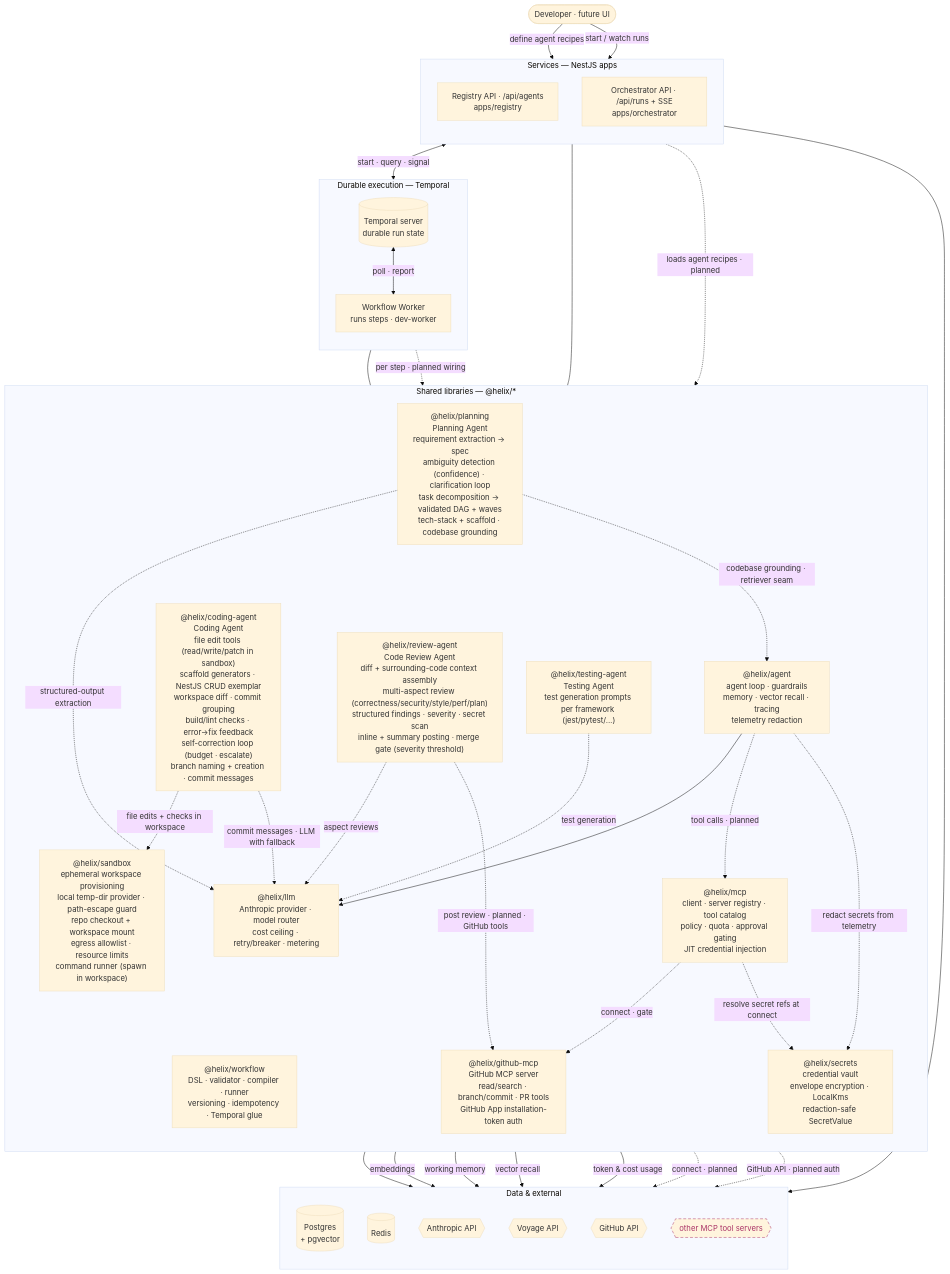
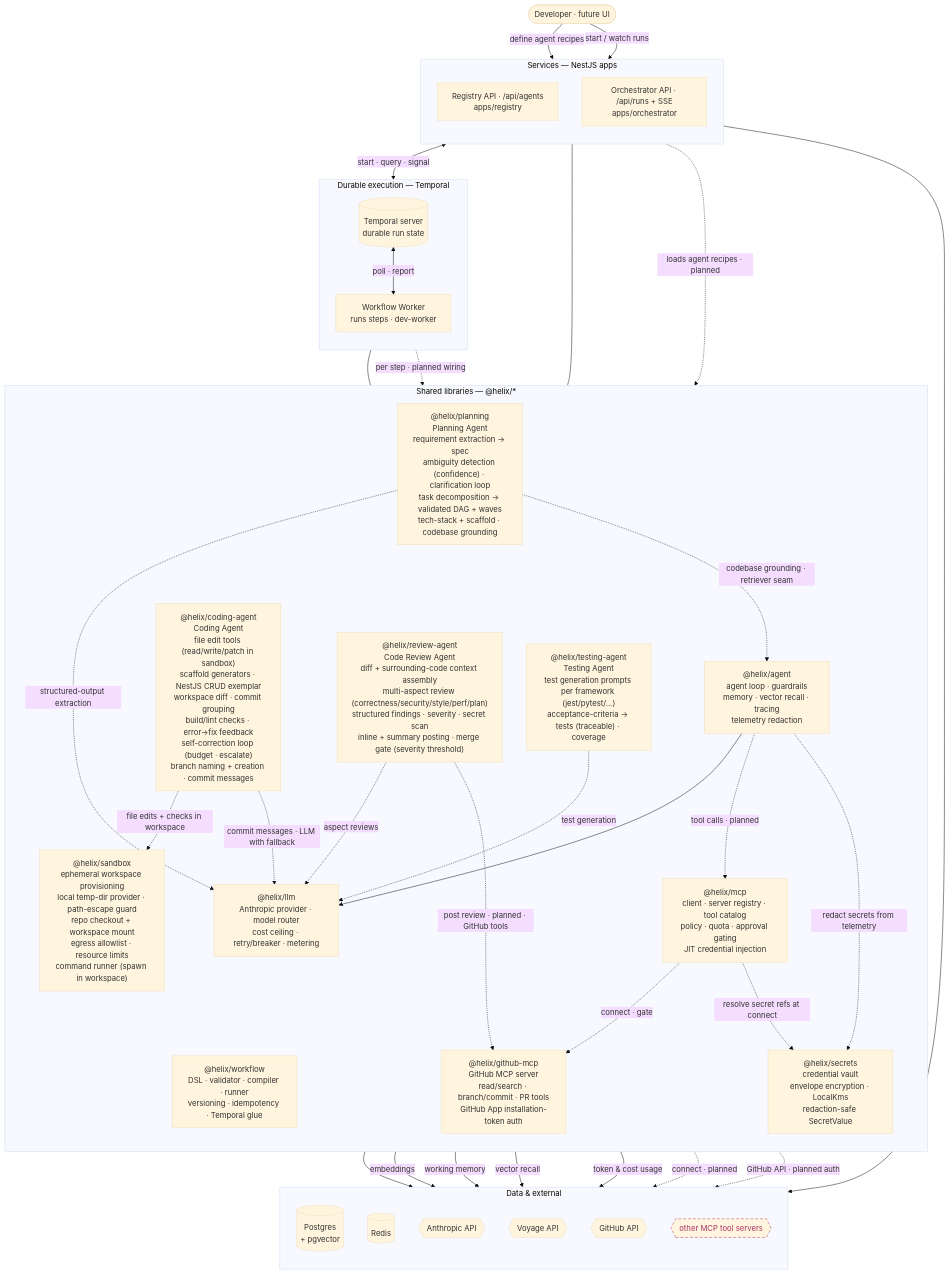
The first of 2 diagrams in docs/ARCHITECTURE.md (shhashhank/helix), drawn with Mermaid (base theme) before and after one commit. The commit also changed 4 other files, not shown here.

First line of the commit message:
HELIX-118: acceptance-criteria to test mapping (#81)

````diff
--- a/docs/ARCHITECTURE.md
+++ b/docs/ARCHITECTURE.md
@@ -16,73 +16,73 @@
 ```mermaid
 flowchart TB
   user([Developer · future UI])
 
   subgraph svc["Services — NestJS apps"]
     direction TB
     reg["Registry API · /api/agents<br/>apps/registry"]
     orc["Orchestrator API · /api/runs + SSE<br/>apps/orchestrator"]
   end
 
   subgraph dur["Durable execution — Temporal"]
     direction TB
     tmp[("Temporal server<br/>durable run state")]
     wkr["Workflow Worker<br/>runs steps · dev-worker"]
   end
 
   subgraph lib["Shared libraries — @helix/*"]
     direction TB
     wf["@helix/workflow<br/>DSL · validator · compiler · runner<br/>versioning · idempotency · Temporal glue"]
     ag["@helix/agent<br/>agent loop · guardrails<br/>memory · vector recall · tracing<br/>telemetry redaction"]
     lm["@helix/llm<br/>Anthropic provider · model router<br/>cost ceiling · retry/breaker · metering"]
     mc["@helix/mcp<br/>client · server registry · tool catalog<br/>policy · quota · approval gating<br/>JIT credential injection"]
     gh["@helix/github-mcp<br/>GitHub MCP server<br/>read/search · branch/commit · PR tools<br/>GitHub App installation-token auth"]
     sec["@helix/secrets<br/>credential vault<br/>envelope encryption · LocalKms<br/>redaction-safe SecretValue"]
     pl["@helix/planning<br/>Planning Agent<br/>requirement extraction → spec<br/>ambiguity detection (confidence) · clarification loop<br/>task decomposition → validated DAG + waves<br/>tech-stack + scaffold · codebase grounding"]
     sbx["@helix/sandbox<br/>ephemeral workspace provisioning<br/>local temp-dir provider · path-escape guard<br/>repo checkout + workspace mount<br/>egress allowlist · resource limits<br/>command runner (spawn in workspace)"]
     cag["@helix/coding-agent<br/>Coding Agent<br/>file edit tools (read/write/patch in sandbox)<br/>scaffold generators · NestJS CRUD exemplar<br/>workspace diff · commit grouping<br/>build/lint checks · error→fix feedback<br/>self-correction loop (budget · escalate)<br/>branch naming + creation · commit messages"]
     rev["@helix/review-agent<br/>Code Review Agent<br/>diff + surrounding-code context assembly<br/>multi-aspect review (correctness/security/style/perf/plan)<br/>structured findings · severity · secret scan<br/>inline + summary posting · merge gate (severity threshold)"]
-    tst["@helix/testing-agent<br/>Testing Agent<br/>test generation prompts per framework (jest/pytest/…)"]
+    tst["@helix/testing-agent<br/>Testing Agent<br/>test generation prompts per framework (jest/pytest/…)<br/>acceptance-criteria → tests (traceable) · coverage"]
   end
 
   subgraph dat["Data & external"]
     direction TB
     pg[("Postgres<br/>+ pgvector")]
     rd[("Redis")]
     an{{Anthropic API}}
     vo{{Voyage API}}
     gha{{GitHub API}}
     ext{{other MCP tool servers}}
   end
 
   user -->|define agent recipes| reg
   user -->|start / watch runs| orc
   reg --> pg
   orc <-->|start · query · signal| tmp
   tmp <-->|poll · report| wkr
   wkr --- wf
   orc --- wf
   wkr -.->|per step · planned wiring| ag
   reg -.->|loads agent recipes · planned| ag
   ag --> lm
   ag -.->|tool calls · planned| mc
   lm --> an
   ag -->|embeddings| vo
   ag -->|working memory| rd
   ag -->|vector recall| pg
   lm -->|token & cost usage| pg
   mc -.->|connect · gate| gh
   mc -.->|connect · planned| ext
   mc -.->|resolve secret refs at connect| sec
   ag -.->|redact secrets from telemetry| sec
   pl -.->|structured-output extraction| lm
   pl -.->|codebase grounding · retriever seam| ag
   cag -.->|file edits + checks in workspace| sbx
   cag -.->|commit messages · LLM with fallback| lm
   rev -.->|aspect reviews| lm
   tst -.->|test generation| lm
   rev -.->|post review · planned · GitHub tools| gh
   gh -.->|GitHub API · planned auth| gha
 
   classDef planned stroke-dasharray:6 4,stroke:#a36,color:#a36;
   class ext planned;
 ```
````
